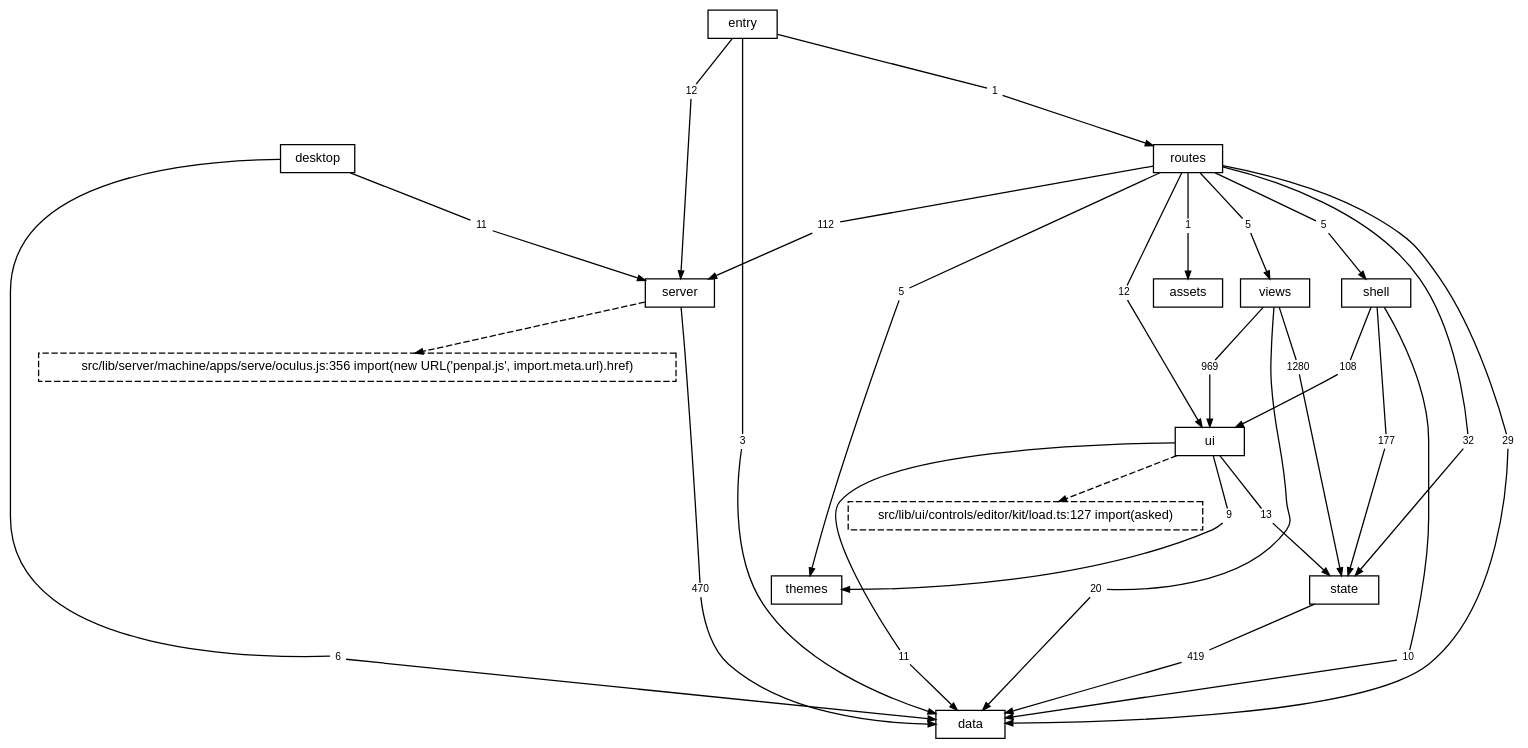
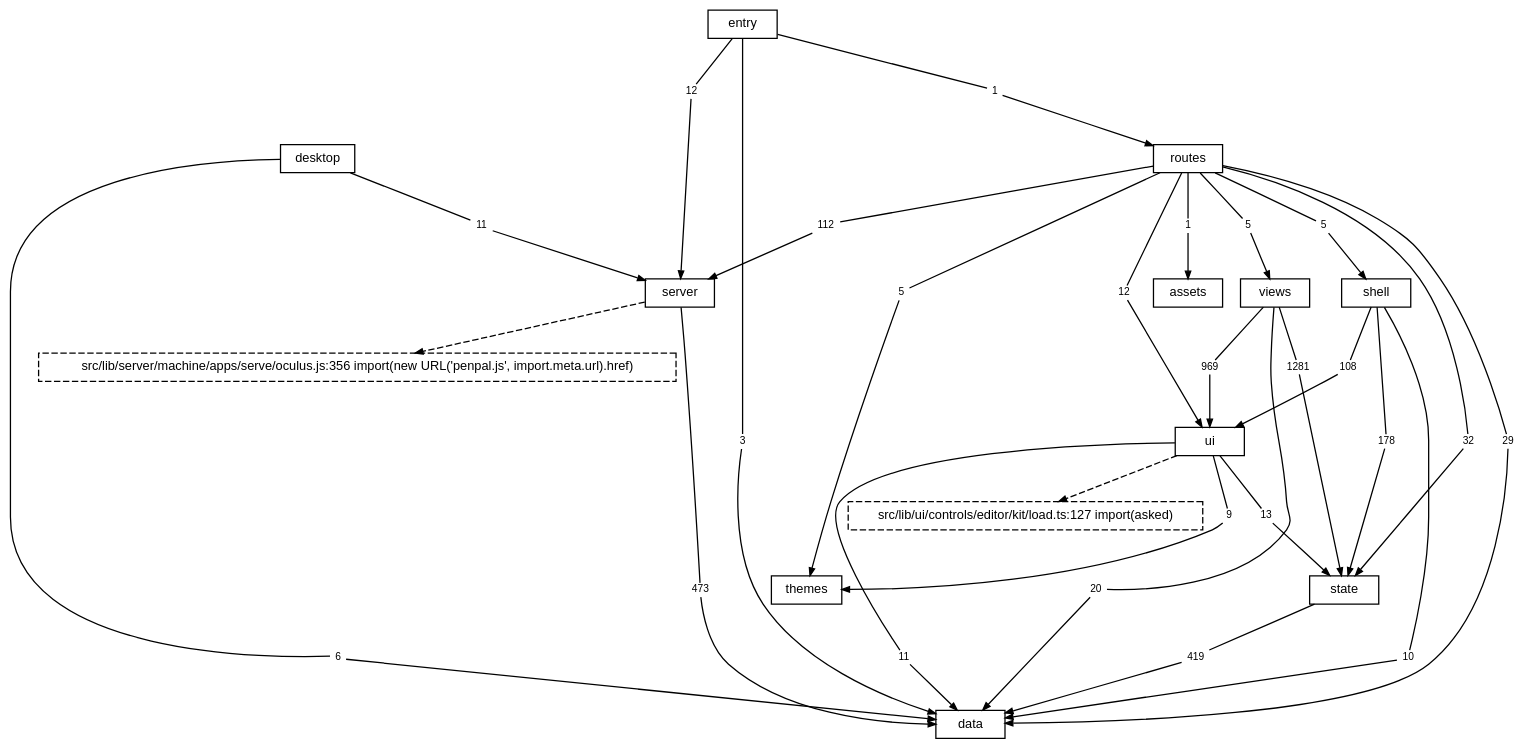
The diagram in docs/diagrams/layers.dot (TheAxeC/oculus), drawn with Graphviz before and after one commit. The commit also changed 166 other files, not shown here.

```diff
--- a/docs/diagrams/layers.dot
+++ b/docs/diagrams/layers.dot
@@ -1,92 +1,92 @@
 digraph layers {
     graph [bgcolor="transparent", rankdir=TB, newrank=true, fontname="Helvetica", fontsize=12, nodesep=0.2, ranksep=0.5];
     node [shape=box, color="black", fontcolor="black", fontname="Helvetica", fontsize=10, height=0.3, margin="0.12,0.04"];
     edge [color="black", fontcolor="black", fontname="Helvetica", fontsize=8, arrowsize=0.6];
     "data";
     "server";
     "state";
     "ui";
     "shell";
     "views";
     "themes";
     "routes";
     "desktop";
     "src" [label="entry"];
     "files: assets" [label="assets"];
     "? src/lib/server/machine/apps/serve/oculus.js:356" [label="src/lib/server/machine/apps/serve/oculus.js:356 import(new URL('penpal.js', import.meta.url).href)", style=dashed];
     "? src/lib/ui/controls/editor/kit/load.ts:127" [label="src/lib/ui/controls/editor/kit/load.ts:127 import(asked)", style=dashed];
     "desktop to data" [label="6", shape=box, color="transparent", fontsize=8, width=0, height=0, margin="0.04,0.02"];
     "desktop" -> "desktop to data" [arrowhead=none];
     "desktop to data" -> "data" [];
     "desktop to server" [label="11", shape=box, color="transparent", fontsize=8, width=0, height=0, margin="0.04,0.02"];
     "desktop" -> "desktop to server" [arrowhead=none];
     "desktop to server" -> "server" [];
     "routes to data" [label="29", shape=box, color="transparent", fontsize=8, width=0, height=0, margin="0.04,0.02"];
     "routes" -> "routes to data" [arrowhead=none];
     "routes to data" -> "data" [];
     "routes to files: assets" [label="1", shape=box, color="transparent", fontsize=8, width=0, height=0, margin="0.04,0.02"];
     "routes" -> "routes to files: assets" [arrowhead=none];
     "routes to files: assets" -> "files: assets" [];
     "routes to server" [label="112", shape=box, color="transparent", fontsize=8, width=0, height=0, margin="0.04,0.02"];
     "routes" -> "routes to server" [arrowhead=none];
     "routes to server" -> "server" [];
     "routes to shell" [label="5", shape=box, color="transparent", fontsize=8, width=0, height=0, margin="0.04,0.02"];
     "routes" -> "routes to shell" [arrowhead=none];
     "routes to shell" -> "shell" [];
     "routes to state" [label="32", shape=box, color="transparent", fontsize=8, width=0, height=0, margin="0.04,0.02"];
     "routes" -> "routes to state" [arrowhead=none];
     "routes to state" -> "state" [];
     "routes to themes" [label="5", shape=box, color="transparent", fontsize=8, width=0, height=0, margin="0.04,0.02"];
     "routes" -> "routes to themes" [arrowhead=none];
     "routes to themes" -> "themes" [];
     "routes to ui" [label="12", shape=box, color="transparent", fontsize=8, width=0, height=0, margin="0.04,0.02"];
     "routes" -> "routes to ui" [arrowhead=none];
     "routes to ui" -> "ui" [];
     "routes to views" [label="5", shape=box, color="transparent", fontsize=8, width=0, height=0, margin="0.04,0.02"];
     "routes" -> "routes to views" [arrowhead=none];
     "routes to views" -> "views" [];
-    "server to data" [label="470", shape=box, color="transparent", fontsize=8, width=0, height=0, margin="0.04,0.02"];
+    "server to data" [label="473", shape=box, color="transparent", fontsize=8, width=0, height=0, margin="0.04,0.02"];
     "server" -> "server to data" [arrowhead=none];
     "server to data" -> "data" [];
     "shell to data" [label="10", shape=box, color="transparent", fontsize=8, width=0, height=0, margin="0.04,0.02"];
     "shell" -> "shell to data" [arrowhead=none];
     "shell to data" -> "data" [];
-    "shell to state" [label="177", shape=box, color="transparent", fontsize=8, width=0, height=0, margin="0.04,0.02"];
+    "shell to state" [label="178", shape=box, color="transparent", fontsize=8, width=0, height=0, margin="0.04,0.02"];
     "shell" -> "shell to state" [arrowhead=none];
     "shell to state" -> "state" [];
     "shell to ui" [label="108", shape=box, color="transparent", fontsize=8, width=0, height=0, margin="0.04,0.02"];
     "shell" -> "shell to ui" [arrowhead=none];
     "shell to ui" -> "ui" [];
     "src to data" [label="3", shape=box, color="transparent", fontsize=8, width=0, height=0, margin="0.04,0.02"];
     "src" -> "src to data" [arrowhead=none];
     "src to data" -> "data" [];
     "src to routes" [label="1", shape=box, color="transparent", fontsize=8, width=0, height=0, margin="0.04,0.02"];
     "src" -> "src to routes" [arrowhead=none];
     "src to routes" -> "routes" [];
     "src to server" [label="12", shape=box, color="transparent", fontsize=8, width=0, height=0, margin="0.04,0.02"];
     "src" -> "src to server" [arrowhead=none];
     "src to server" -> "server" [];
     "state to data" [label="419", shape=box, color="transparent", fontsize=8, width=0, height=0, margin="0.04,0.02"];
     "state" -> "state to data" [arrowhead=none];
     "state to data" -> "data" [];
     "ui to data" [label="11", shape=box, color="transparent", fontsize=8, width=0, height=0, margin="0.04,0.02"];
     "ui" -> "ui to data" [arrowhead=none];
     "ui to data" -> "data" [];
     "ui to state" [label="13", shape=box, color="transparent", fontsize=8, width=0, height=0, margin="0.04,0.02"];
     "ui" -> "ui to state" [arrowhead=none];
     "ui to state" -> "state" [];
     "ui to themes" [label="9", shape=box, color="transparent", fontsize=8, width=0, height=0, margin="0.04,0.02"];
     "ui" -> "ui to themes" [arrowhead=none];
     "ui to themes" -> "themes" [];
     "views to data" [label="20", shape=box, color="transparent", fontsize=8, width=0, height=0, margin="0.04,0.02"];
     "views" -> "views to data" [arrowhead=none];
     "views to data" -> "data" [];
-    "views to state" [label="1280", shape=box, color="transparent", fontsize=8, width=0, height=0, margin="0.04,0.02"];
+    "views to state" [label="1281", shape=box, color="transparent", fontsize=8, width=0, height=0, margin="0.04,0.02"];
     "views" -> "views to state" [arrowhead=none];
     "views to state" -> "state" [];
     "views to ui" [label="969", shape=box, color="transparent", fontsize=8, width=0, height=0, margin="0.04,0.02"];
     "views" -> "views to ui" [arrowhead=none];
     "views to ui" -> "ui" [];
     "server" -> "? src/lib/server/machine/apps/serve/oculus.js:356" [style=dashed];
     "ui" -> "? src/lib/ui/controls/editor/kit/load.ts:127" [style=dashed];
 }
```
